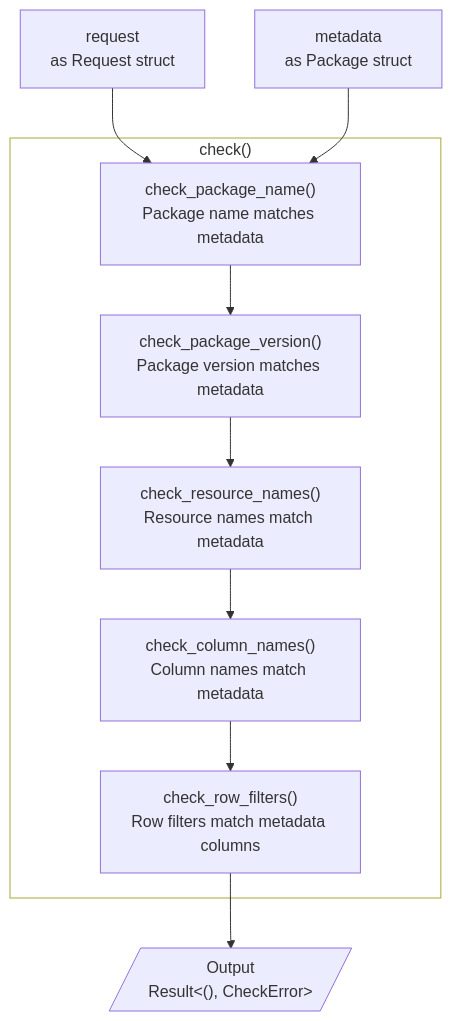
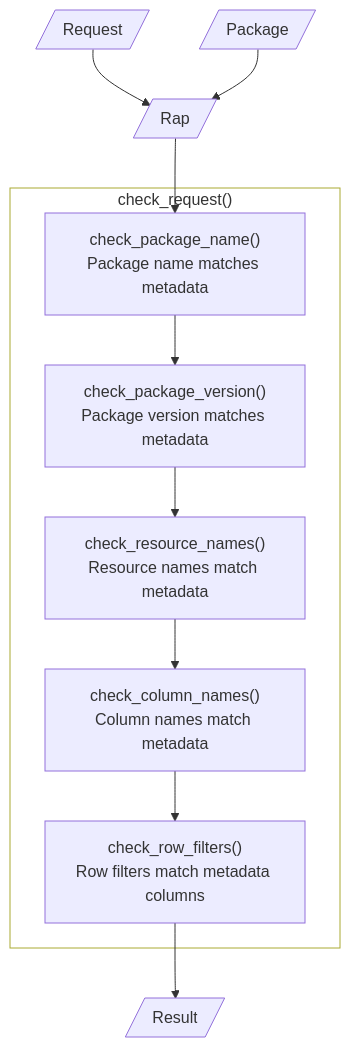
One commit to seedcase-project/seedcase-propagate changed the diagram in docs/design/interface/rust.qmd. Above: the diagram before and after it, drawn with Mermaid. The commit also changed other lines of this file and 2 other files, not shown here.

Commit message:
docs: 🏗️ major refactor of check design

````diff
--- a/docs/design/interface/rust.qmd
+++ b/docs/design/interface/rust.qmd
@@ -19,29 +33,37 @@
 ```{mermaid}
 %%| label: fig-check-flow
-%%| fig-cap: "The flow of input and output through the check function."
+%%| fig-cap: "The flow of input and output through the `check_request()` function."
 %%| fig-alt: >-
-%%|   Diagram showing the flow of input and output through the `check` function.
-%%|   The user provides the request and metadata file. The function completes a
-%%|   set of checks, before returning a result that's either the unit type or a
-%%|   CheckError.
+%%|   Diagram showing the flow of input and output through the `check_request()`
+%%|   function. The user bundles the request and package structs into a Rap
+%%|   struct, which is input into `check_request()`. The function completes a
+%%|   set of checks, before returning a result that's either the unit type
+%%|   (nothing) or a set of errors.
 
 flowchart TD
-    request["request<br>as Request struct"]
-    metadata["metadata<br>as Package struct"]
-    output[/"Output<br>Result&lt;(), CheckError&gt;"/]
+    request[/"Request"/]
+    package[/"Package"/]
+    rap[/"Rap"/]
+    output[/"Result"/]
 
-    subgraph check ["check()"]
+    subgraph check ["check_request()"]
       check_package_name["check_package_name()<br>Package name matches metadata"]
       check_package_version["check_package_version()<br>Package version matches metadata"]
       check_resource_names["check_resource_names()<br>Resource names match metadata"]
       check_column_names["check_column_names()<br>Column names match metadata"]
       check_row_filters["check_row_filters()<br>Row filters match metadata columns"]
     end
 
-    request --> check_package_name --> check_package_version --> check_resource_names --> check_column_names --> check_row_filters --> output
-    metadata --> check_package_name
+    request & package --> rap
+
+    rap -->
+      check_package_name -->
+      check_package_version -->
+      check_resource_names -->
+      check_column_names -->
+      check_row_filters -->
+      output
 
     check:::outer_function
-
-  classDef outer_function fill:none
+    classDef outer_function fill:none
 ```
````
